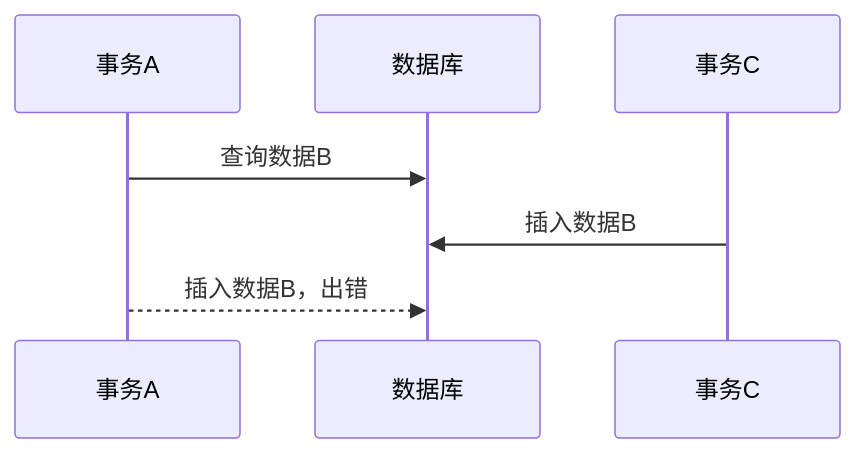
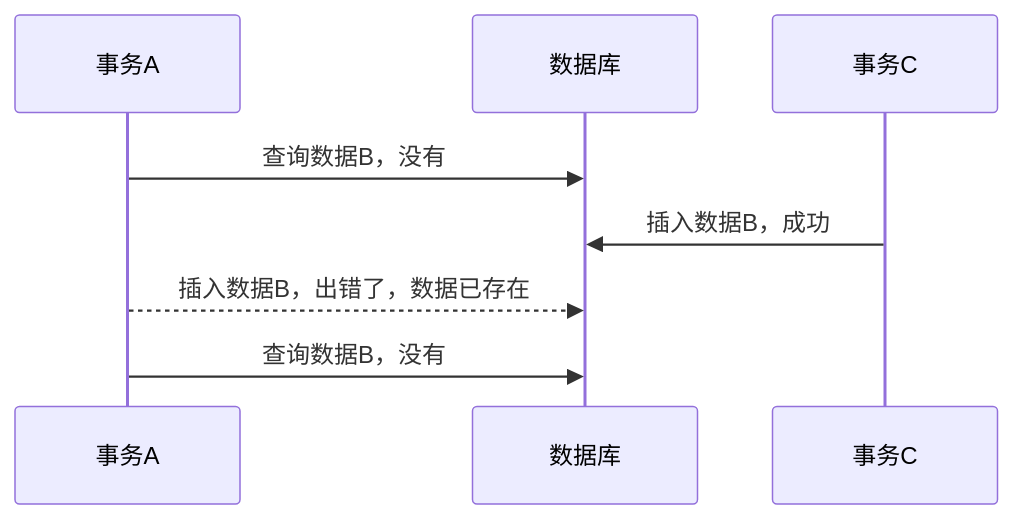
One commit to poppop9/obsidian changed the diagram in 计算机/数据库/MySQL/4-2 事务.md. Above: the diagram before and after it, drawn with Mermaid. The commit also changed other lines of this file and 2 other files, not shown here.

Commit message:
vault backup: 2024-05-25 13:26:31

````diff
--- a/计算机/数据库/MySQL/4-2 事务.md
+++ b/计算机/数据库/MySQL/4-2 事务.md
@@ -110,7 +110,8 @@
 ```mermaid
 sequenceDiagram
-    事务A->>数据库: 查询数据B
+    事务A->>数据库: 查询数据B，没有
 
-    事务C->>数据库: 插入数据B
-	事务A-->>数据库: 插入数据B，出错
+    事务C->>数据库: 插入数据B，成功
+	事务A-->>数据库: 插入数据B，出错了，数据已存在
+    事务A->>数据库: 查询数据B，没有
 ```
````
